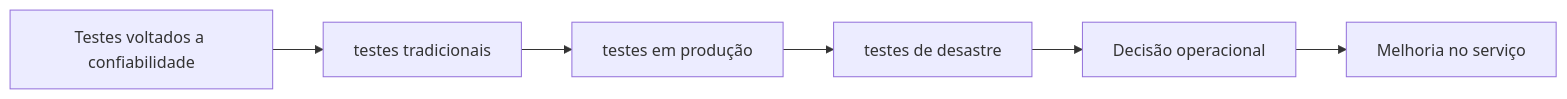
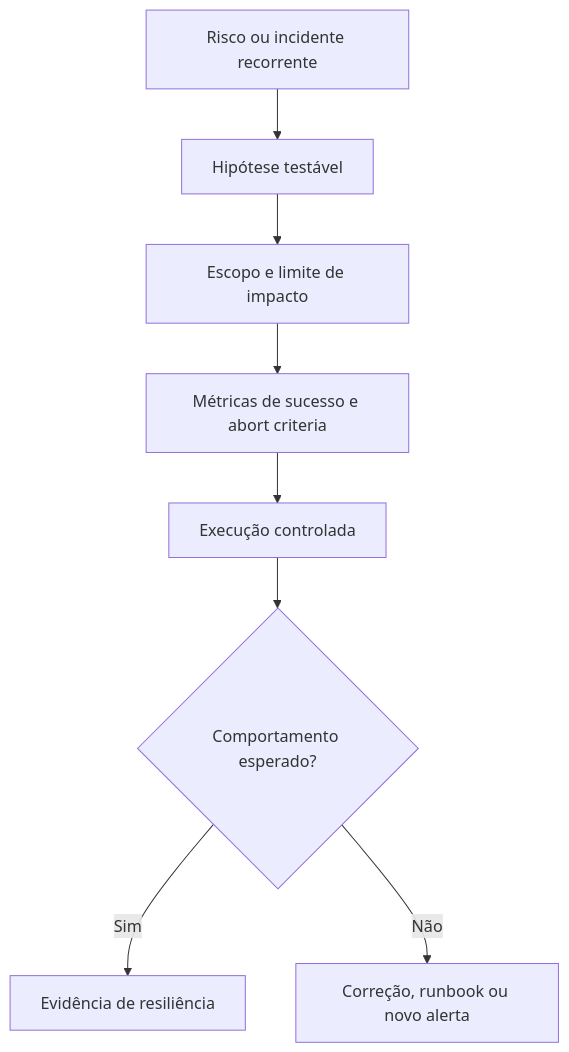
One commit to rafaelrezo/curso-engenharia-confiabilidade changed the diagram in docs/capitulos/capitulo-11.md. Above: the diagram before and after it, drawn with Mermaid. The commit also changed other lines of this file and 31 other files, not shown here.

````diff
--- a/docs/capitulos/capitulo-11.md
+++ b/docs/capitulos/capitulo-11.md
@@ -96,8 +128,10 @@
 ```mermaid
-flowchart LR
-    Tema["Testes voltados a confiabilidade"] --> C1["testes tradicionais"]
-    C1 --> C2["testes em produção"]
-    C2 --> C3["testes de desastre"]
-    C3 --> Decisao["Decisão operacional"]
-    Decisao --> Acao["Melhoria no serviço"]
+flowchart TD
+    Risco["Risco ou incidente recorrente"] --> Hipotese["Hipótese testável"]
+    Hipotese --> Escopo["Escopo e limite de impacto"]
+    Escopo --> Sinais["Métricas de sucesso e abort criteria"]
+    Sinais --> Execucao["Execução controlada"]
+    Execucao --> Resultado{"Comportamento esperado?"}
+    Resultado -->|Sim| Evidencia["Evidência de resiliência"]
+    Resultado -->|Não| Backlog["Correção, runbook ou novo alerta"]
 ```
````
